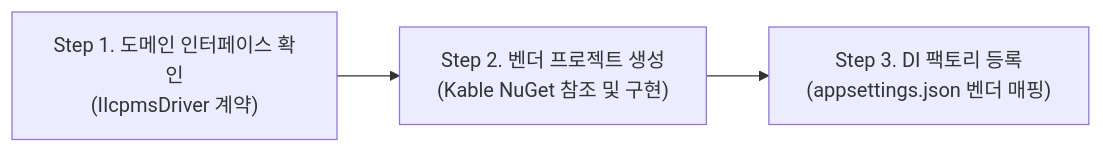
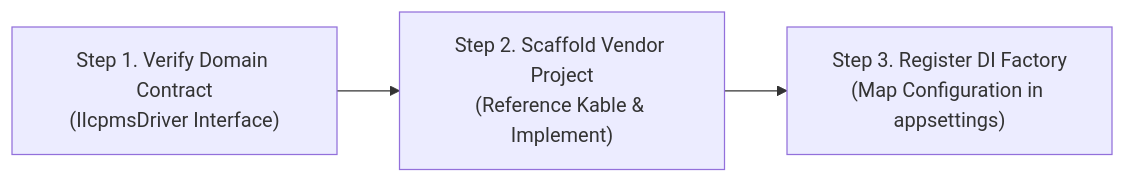
The diagram in docs/05_ICP_MS_CASE_STUDY/01_MULTI_VENDOR_STRATEGY.md (jaon13/Kable), drawn with Mermaid before and after one commit. The commit also changed other lines of this file and 21 other files, not shown here.

Commit message:
docs: standardize all project specifications, architecture documents, and QA master plans to professional English

````diff
--- a/docs/05_ICP_MS_CASE_STUDY/01_MULTI_VENDOR_STRATEGY.md
+++ b/docs/05_ICP_MS_CASE_STUDY/01_MULTI_VENDOR_STRATEGY.md
@@ -9,6 +9,6 @@
 ```mermaid
 flowchart LR
-    Step1["Step 1. 도메인 인터페이스 확인<br>(IIcpmsDriver 계약)"] 
-    --> Step2["Step 2. 벤더 프로젝트 생성<br>(Kable NuGet 참조 및 구현)"]
-    --> Step3["Step 3. DI 팩토리 등록<br>(appsettings.json 벤더 매핑)"]
+    Step1["Step 1. Verify Domain Contract<br>(IIcpmsDriver Interface)"] 
+    --> Step2["Step 2. Scaffold Vendor Project<br>(Reference Kable & Implement)"]
+    --> Step3["Step 3. Register DI Factory<br>(Map Configuration in appsettings)"]
 ```
````
